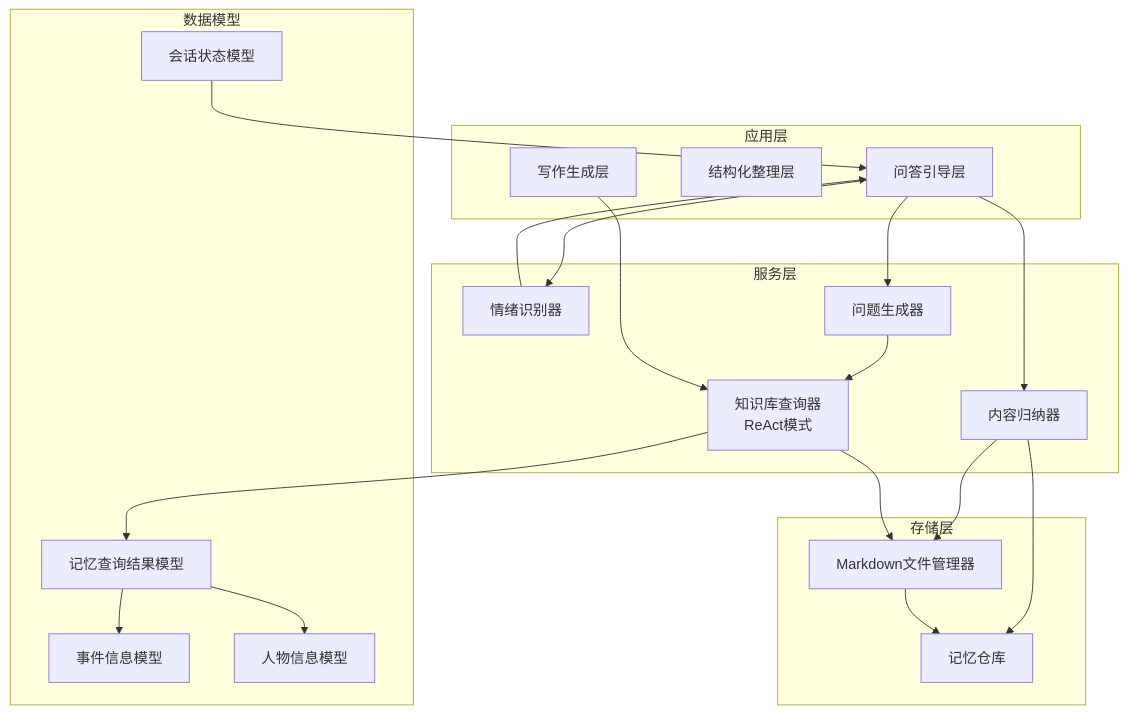
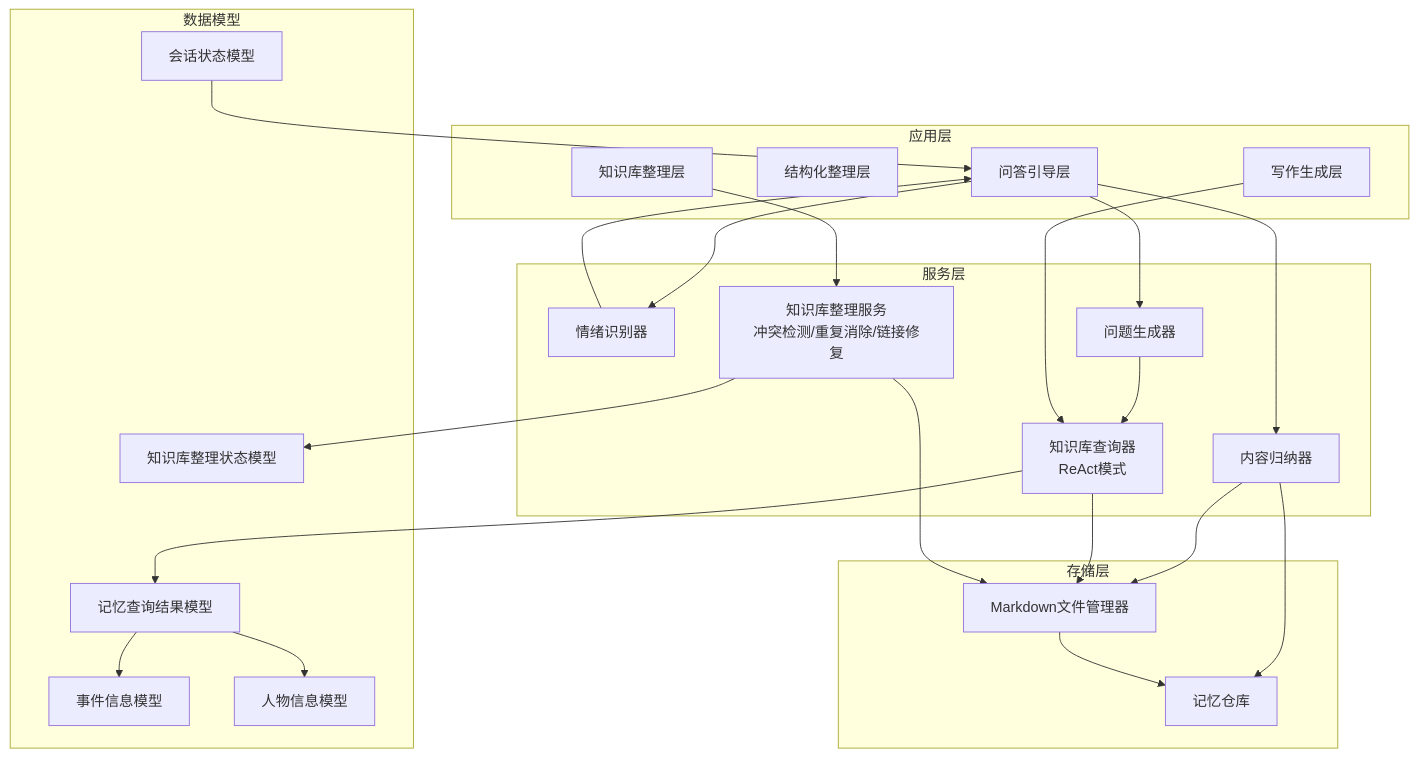
The first of 6 diagrams in .qoder/repowiki/zh/content/知识库系统/知识库系统.md (WangYiKai1017/zizuan), drawn with Mermaid before and after one commit. The commit also changed other lines of this file and 99 other files, not shown here.

````diff
--- a/.qoder/repowiki/zh/content/知识库系统/知识库系统.md
+++ b/.qoder/repowiki/zh/content/知识库系统/知识库系统.md
@@ -42,38 +59,44 @@
 ```mermaid
 graph TB
 subgraph "应用层"
 QA["问答引导层"]
 ST["结构化整理层"]
 WR["写作生成层"]
+KO["知识库整理层"]
 end
 subgraph "服务层"
 KBQ["知识库查询器<br/>ReAct模式"]
 CM["内容归纳器"]
 EM["情绪识别器"]
 QG["问题生成器"]
+KOS["知识库整理服务<br/>冲突检测/重复消除/链接修复"]
 end
 subgraph "存储层"
 MFM["Markdown文件管理器"]
 MR["记忆仓库"]
 end
 subgraph "数据模型"
 MQR["记忆查询结果模型"]
 EInfo["事件信息模型"]
 PInfo["人物信息模型"]
 SS["会话状态模型"]
+KOSState["知识库整理状态模型"]
 end
 QA --> QG
 QA --> EM
 QA --> CM
 CM --> MFM
 CM --> MR
 QG --> KBQ
 EM --> QA
 WR --> KBQ
+KO --> KOS
 KBQ --> MFM
 KBQ --> MQR
+KOS --> MFM
+KOS --> KOSState
 MFM --> MR
 MQR --> EInfo
 MQR --> PInfo
 SS --> QA
 ```
````
